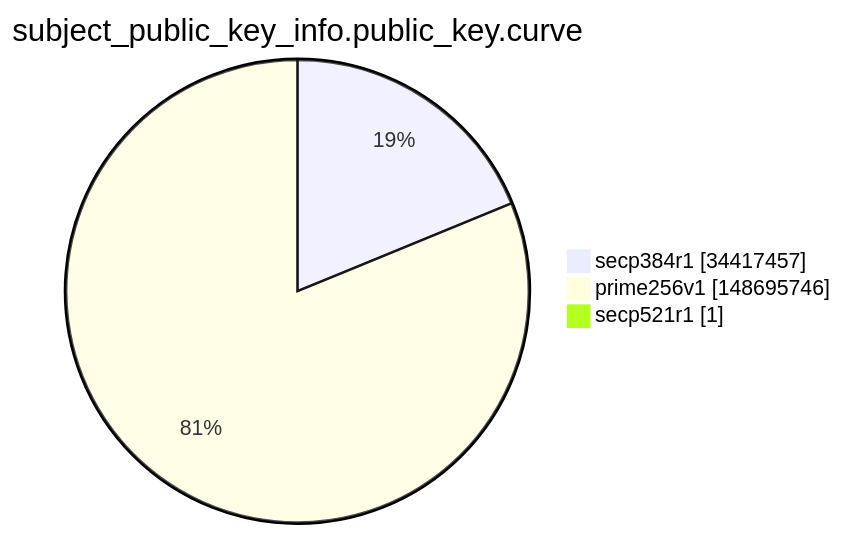
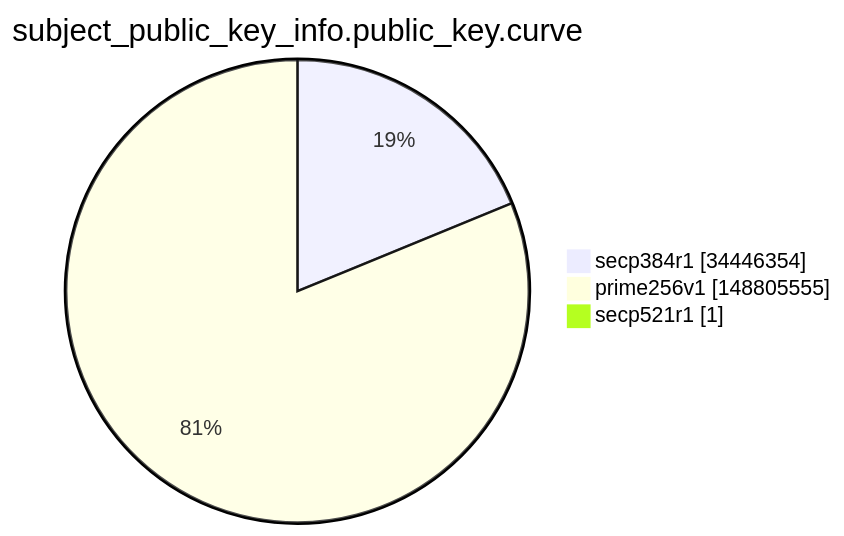
Before and after one commit to christiankrug/ctmonitor_visualization: the ninth of 15 diagrams in argon2022/README.md, drawn with Mermaid. The commit also changed other lines of this file, not shown here.

````diff
--- a/argon2022/README.md
+++ b/argon2022/README.md
@@ -2764,7 +2764,7 @@
 ```mermaid
 pie showData
 title subject_public_key_info.public_key.curve
-"secp384r1" :34417457
-"prime256v1" :148695746
+"secp384r1" :34446354
+"prime256v1" :148805555
 "secp521r1" :1
 ```
````
